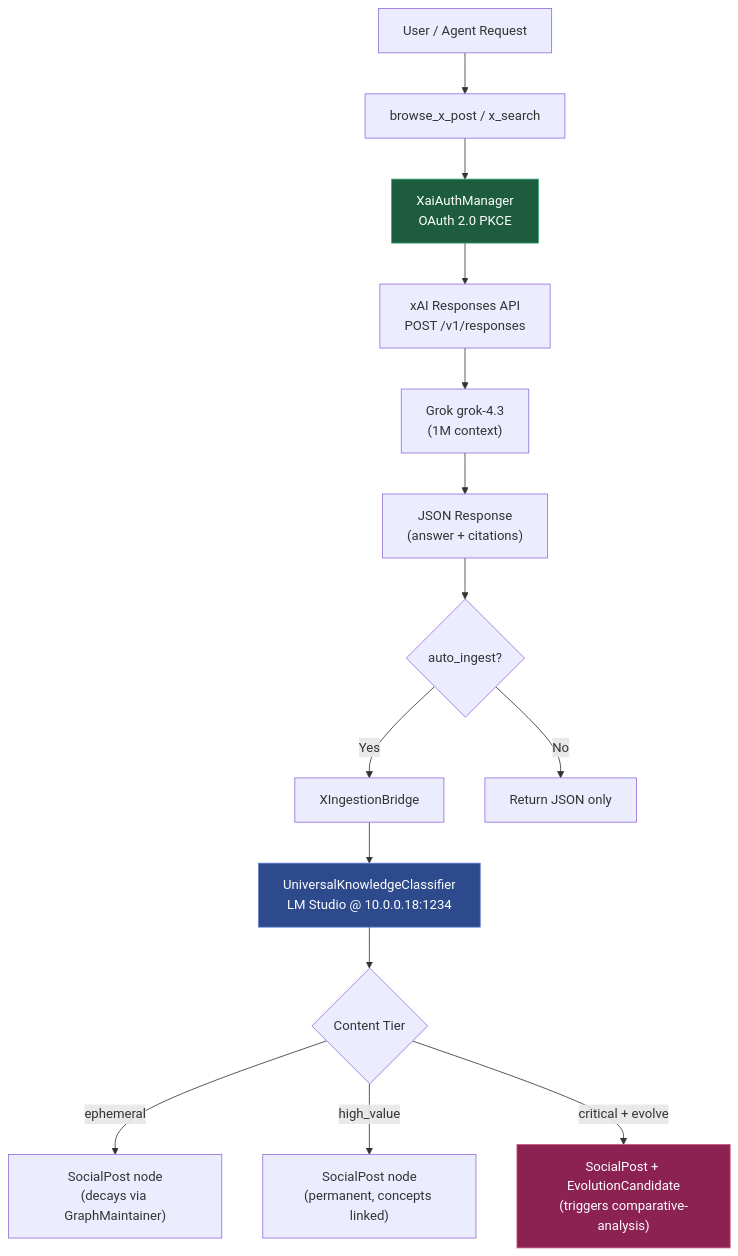
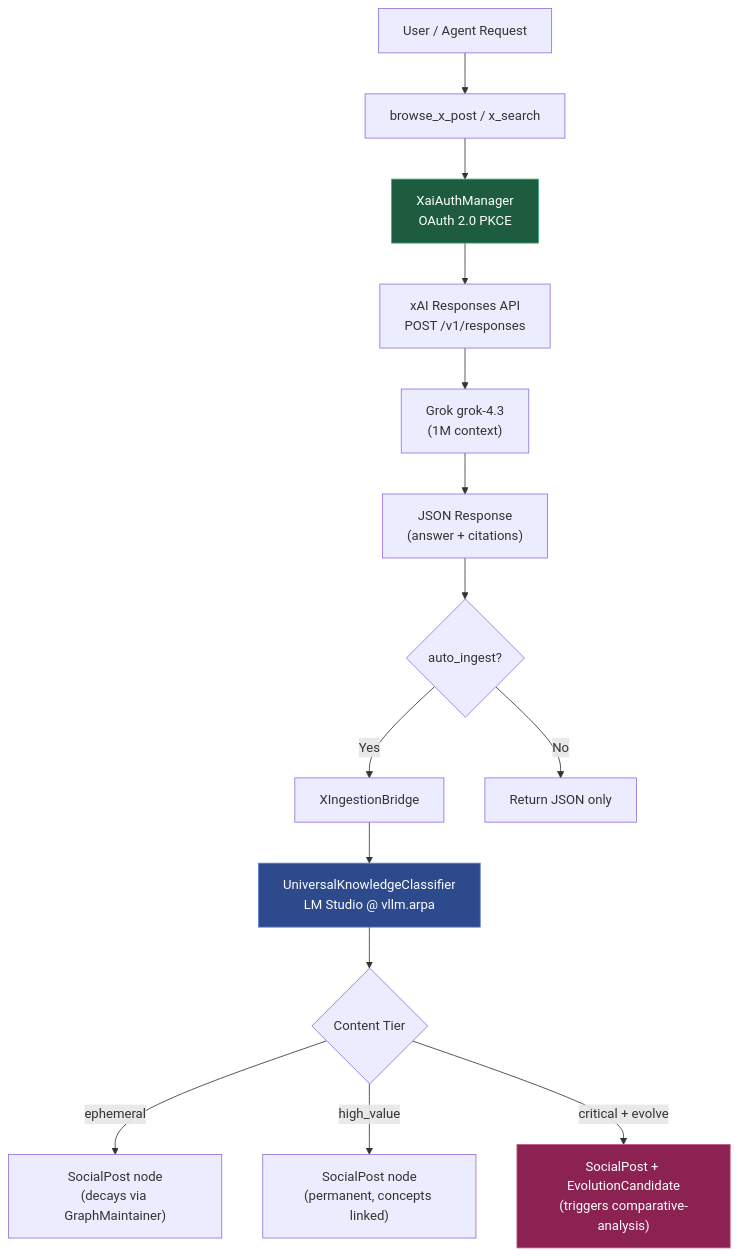
One commit to Knuckles-Team/agent-utilities changed the diagram in docs/guides/x-assistant.md. Above: the diagram before and after it, drawn with Mermaid. The commit also changed other lines of this file and 57 other files, not shown here.

````diff
--- a/docs/guides/x-assistant.md
+++ b/docs/guides/x-assistant.md
@@ -14,20 +14,20 @@
 ```mermaid
 graph TD
     A["User / Agent Request"] --> B["browse_x_post / x_search"]
     B --> C["XaiAuthManager\nOAuth 2.0 PKCE"]
     C --> D["xAI Responses API\nPOST /v1/responses"]
     D --> E["Grok grok-4.3\n(1M context)"]
     E --> F["JSON Response\n(answer + citations)"]
     F --> G{auto_ingest?}
     G -->|Yes| H["XIngestionBridge"]
-    H --> I["UniversalKnowledgeClassifier\nLM Studio @ 10.0.0.18:1234"]
+    H --> I["UniversalKnowledgeClassifier\nLM Studio @ vllm.arpa"]
     I --> J{Content Tier}
     J -->|ephemeral| K["SocialPost node\n(decays via GraphMaintainer)"]
     J -->|high_value| L["SocialPost node\n(permanent, concepts linked)"]
     J -->|critical + evolve| M["SocialPost + EvolutionCandidate\n(triggers comparative-analysis)"]
     G -->|No| N["Return JSON only"]
 
     style C fill:#1d5c3f,stroke:#32a873,color:#fff
     style I fill:#2d4a8c,stroke:#5b7fd4,color:#fff
     style M fill:#8b2252,stroke:#c4567a,color:#fff
 ```
````
